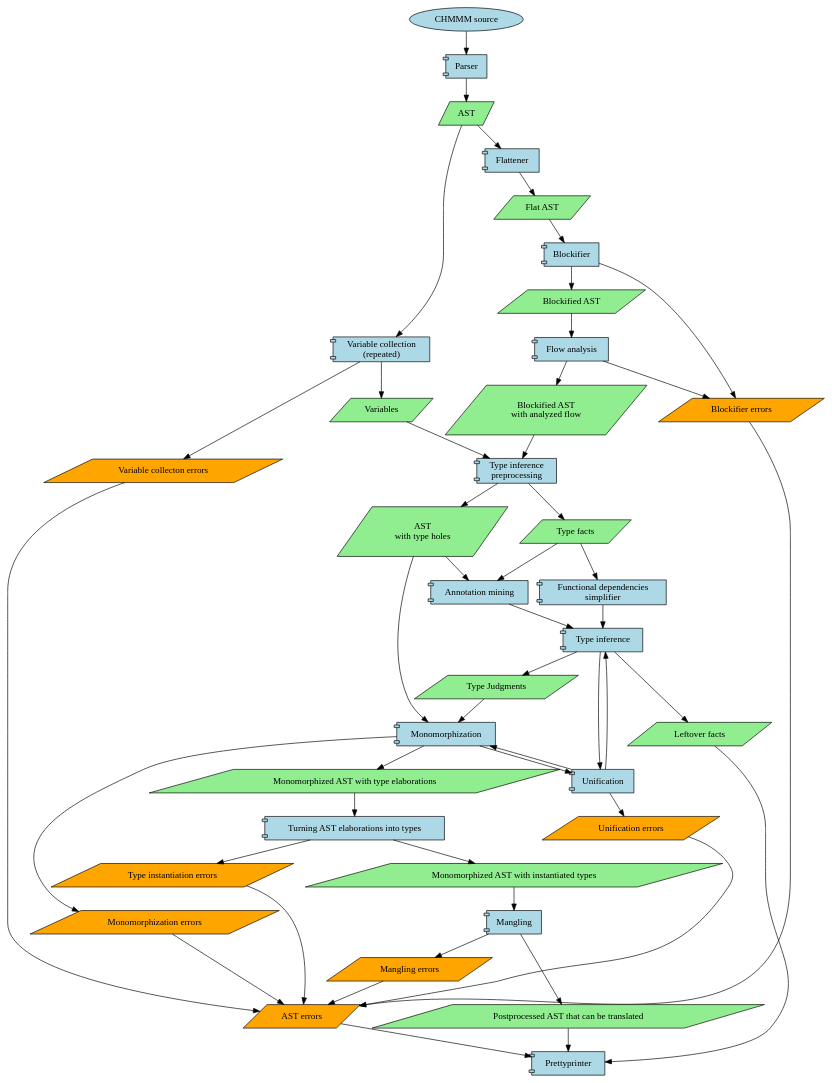
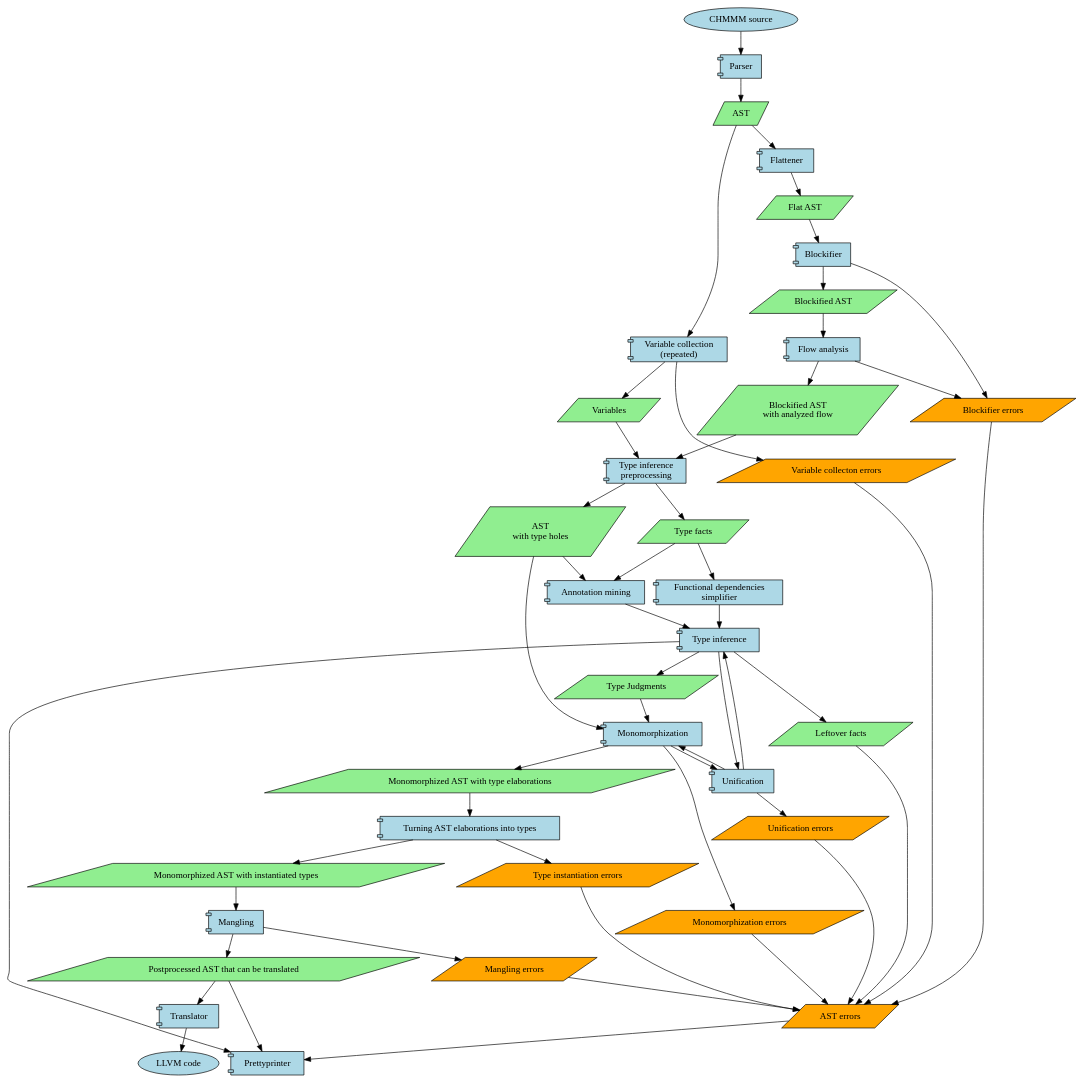
Before and after one commit to jiriklepl/masters-thesis-text: the diagram in dots/arch.dot, drawn with Graphviz. The commit also changed 3 other files, not shown here.

```diff
--- a/dots/arch.dot
+++ b/dots/arch.dot
@@ -1,100 +1,99 @@
 digraph {
     node [style="filled"]
 
     subgraph terminals {
         node [shape="ellipse", fillcolor="lightblue"]
 
         Source [label="CHMMM source"]
-        #LLVM [label="LLVM code"]
+        LLVM [label="LLVM code"]
     }
 
     subgraph data {
         node [shape="parallelogram"]
 
         subgraph orangeData {
             node [fillcolor="orange"]
 
             ASTErrors [label="AST errors"]
             FillingErrors [label="Type instantiation errors"]
             ManglingErrors [label="Mangling errors"]
             UnifyErrors [label="Unification errors"]
             BlockifierErrors [label="Blockifier errors"]
             MonomorphizeErrors [label="Monomorphization errors"]
             VariablesErrors [label="Variable collecton errors"]
         }
         subgraph greenData {
             node [fillcolor="lightgreen"]
 
             AST
             Facts [label="Type facts"]
             LeftFacts [label="Leftover facts"]
             Variables [label="Variables"]
             ASTTypeHoles [label="AST\nwith type holes"]
             Judgments [label="Type Judgments"]
             FlatAST [label="Flat AST"]
             BlockifiedAST [label="Blockified AST"]
             BlockifiedASTAnnots [label="Blockified AST\nwith analyzed flow"]
             MonoAST [label="Monomorphized AST with type elaborations"]
             FilledMonoAST [label="Monomorphized AST with instantiated types"]
             PostAST [label="Postprocessed AST that can be translated"]
         }
 
     }
 
     subgraph components {
         node [shape="component"]
 
         subgraph greenComponents {
             node [fillcolor="lightblue"]
 
             FunDepSimpl [label="Functional dependencies\nsimplifier"]
             AnnotMining  [label="Annotation mining"]
             Parser
             Flattener
             Unification
             Prettyprinter
             Preprocess [label="Type inference\npreprocessing"]
             VariableMining [label="Variable collection\n(repeated)"]
             Blockifier
             FlowAnalysis [label="Flow analysis"]
             Inference [label="Type inference"]
             Monomorphization
             HoleFilling [label="Turning AST elaborations into types"]
             Mangling
+            Translator
         }
 
         subgraph yellowComponents {
             node [fillcolor="yellow"]
 
         }
 
-        #Translator [fillcolor="orange"]
     }
 
     subgraph decisions {
         node [shape="diamond"]
     }
 
 
     Source -> Parser -> AST
     AST -> Flattener -> FlatAST
     VariableMining -> VariablesErrors
     AST -> VariableMining -> Variables -> Preprocess
     Facts -> { FunDepSimpl AnnotMining }
     ASTTypeHoles -> AnnotMining
     ASTTypeHoles -> Monomorphization
     { FunDepSimpl AnnotMining } -> Inference -> Judgments -> Monomorphization -> MonoAST -> HoleFilling -> FilledMonoAST -> Mangling -> PostAST -> Prettyprinter
     HoleFilling -> FillingErrors
     Mangling -> ManglingErrors
     { Inference Monomorphization } -> Unification
     FlatAST -> Blockifier -> {BlockifiedAST BlockifierErrors }
     BlockifiedAST -> FlowAnalysis -> BlockifiedASTAnnots
     FlowAnalysis -> BlockifierErrors
     Unification -> { UnifyErrors Monomorphization Inference }
     BlockifiedASTAnnots -> Preprocess -> { Facts ASTTypeHoles }
     Monomorphization -> MonomorphizeErrors
-    MonoAST
-    { FillingErrors ManglingErrors UnifyErrors BlockifierErrors MonomorphizeErrors VariablesErrors } -> ASTErrors -> Prettyprinter
-    Inference -> LeftFacts -> Prettyprinter
-    #Translator -> LLVM
+    { FillingErrors ManglingErrors UnifyErrors BlockifierErrors MonomorphizeErrors VariablesErrors LeftFacts } -> ASTErrors -> Prettyprinter
+    Inference -> { Prettyprinter LeftFacts }
+    PostAST -> Translator -> LLVM
 }
```
